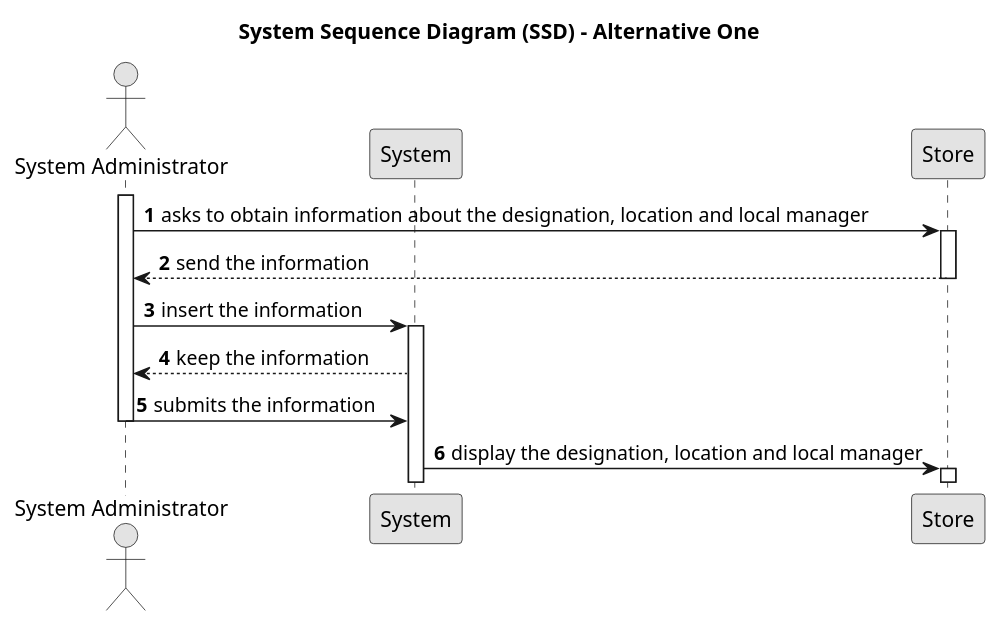
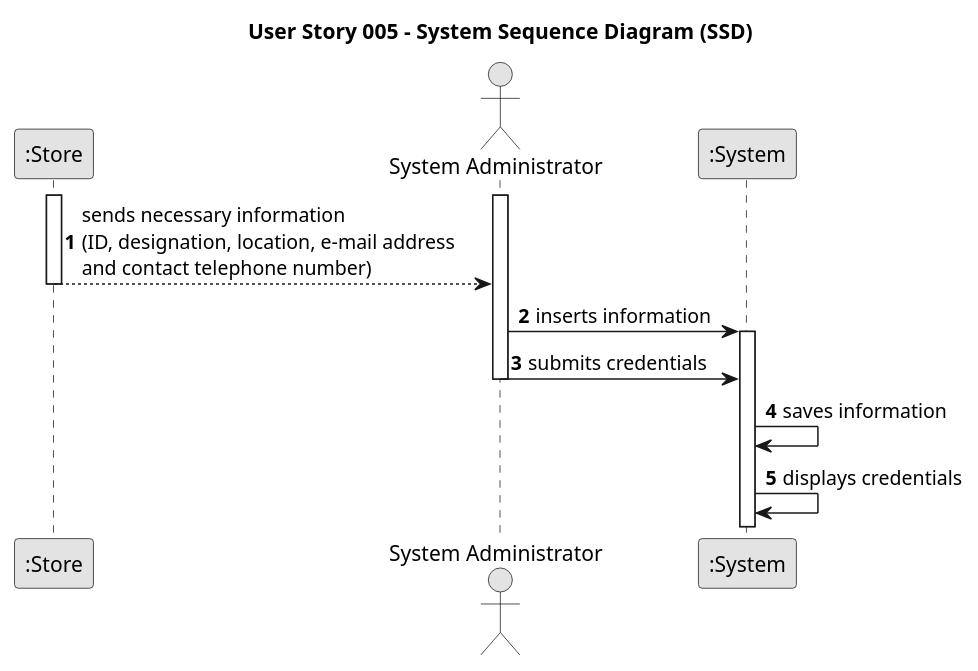
The diagram in docs/sprintA/us005/01.requirements-engineering/puml/us005-system-sequence-diagram.puml (Rodrick0209/ISEP-LAPR2-22-23), drawn with PlantUML before and after one commit. The commit also changed 2 other files, not shown here.

```diff
--- a/docs/sprintA/us005/01.requirements-engineering/puml/us005-system-sequence-diagram.puml
+++ b/docs/sprintA/us005/01.requirements-engineering/puml/us005-system-sequence-diagram.puml
@@ -1,33 +1,32 @@
 @startuml
 skinparam monochrome true
 skinparam packageStyle rectangle
 skinparam shadowing false
 
-title System Sequence Diagram (SSD) - Alternative One
+title User Story 005 - System Sequence Diagram (SSD)
 
 autonumber
 
+participant ":Store" as Store
 actor "System Administrator" as Administrator
-participant "System" as System
-participant "Store" as Store
+participant ":System" as System
+
 
 activate Administrator
+activate Store
 
-    Administrator -> Store : asks to obtain information about the designation, location and local manager
-    activate Store
-
-        Store --> Administrator : send the information
+    Store --> Administrator : sends necessary information \n(ID, designation, location, e-mail address \nand contact telephone number)
     deactivate Store
 
-    Administrator -> System : insert the information
+    Administrator -> System : inserts information
     activate System
 
-    System --> Administrator: keep the information
+    Administrator -> System : submits credentials
+    deactivate Administrator
 
-        Administrator -> System : submits the information
-        deactivate Administrator
+    System -> System : saves information
 
-    System -> Store : display the designation, location and local manager
-    activate Store
+    System -> System : displays credentials
+
 
 @enduml
```
